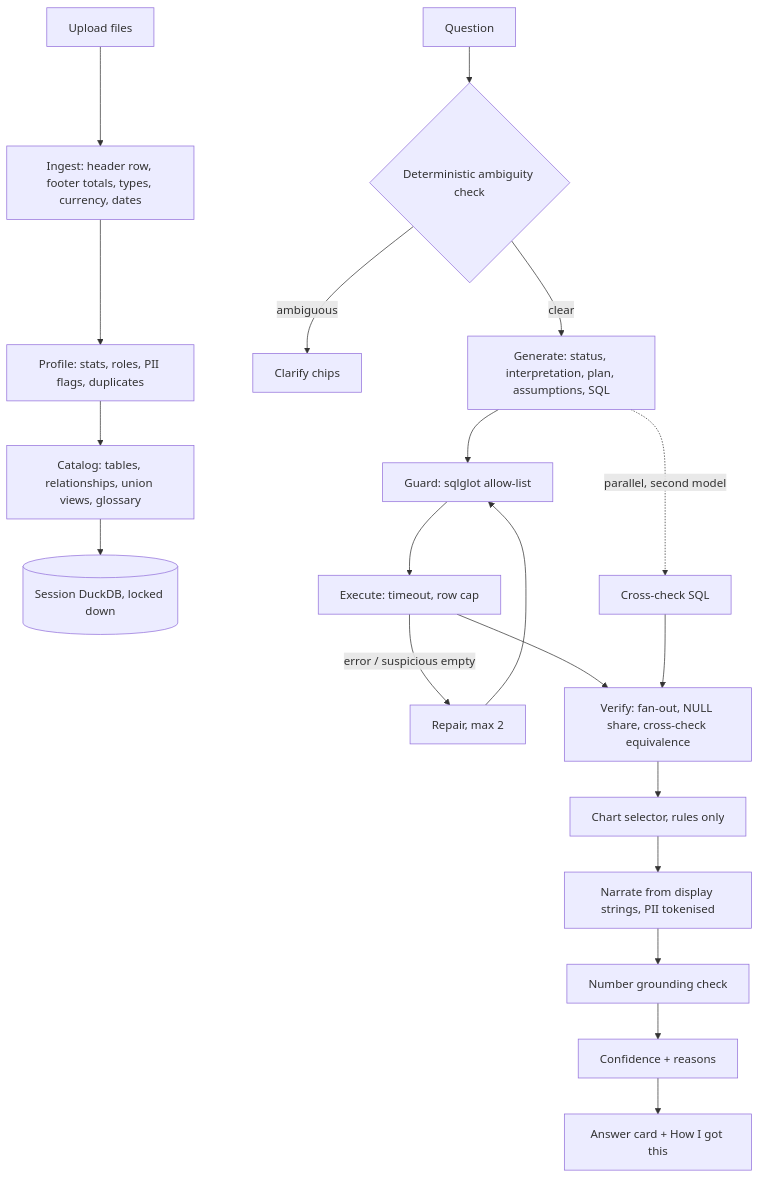
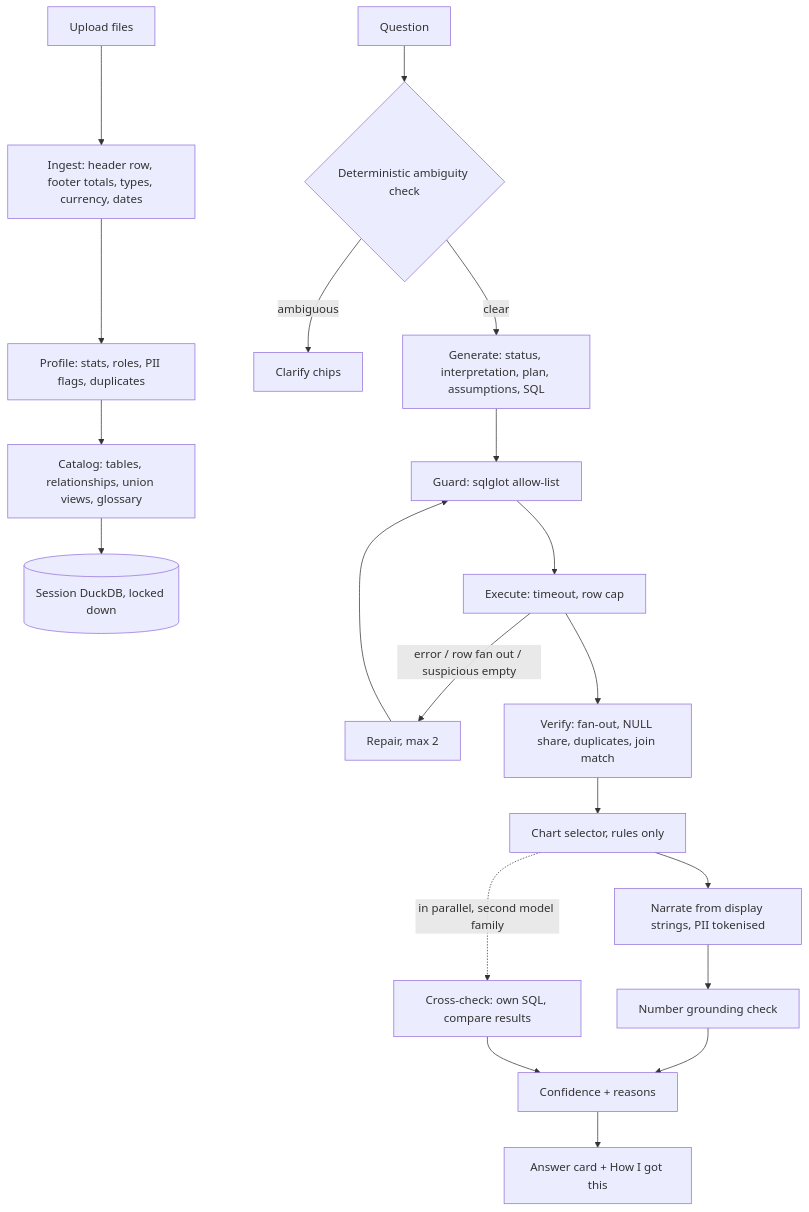
The diagram in README.md (sahilpatel495/darwin-ai), drawn with Mermaid before and after one commit. The commit also changed other lines of this file and 46 other files, not shown here.

````diff
--- a/README.md
+++ b/README.md
@@ -41,20 +20,21 @@
 ```mermaid
 flowchart TD
   U[Upload files] --> I[Ingest: header row, footer totals, types, currency, dates]
   I --> P[Profile: stats, roles, PII flags, duplicates]
   P --> C[Catalog: tables, relationships, union views, glossary]
   C --> DB[(Session DuckDB, locked down)]
   Q[Question] --> A{Deterministic ambiguity check}
   A -- ambiguous --> CL[Clarify chips]
   A -- clear --> G[Generate: status, interpretation, plan, assumptions, SQL]
-  G -. parallel, second model .-> X[Cross-check SQL]
   G --> GU[Guard: sqlglot allow-list]
   GU --> E[Execute: timeout, row cap]
-  E -- error / suspicious empty --> R[Repair, max 2] --> GU
-  E --> V[Verify: fan-out, NULL share, cross-check equivalence]
-  X --> V
+  E -- error / row fan out / suspicious empty --> R[Repair, max 2] --> GU
+  E --> V[Verify: fan-out, NULL share, duplicates, join match]
   V --> CH[Chart selector, rules only]
   CH --> N[Narrate from display strings, PII tokenised]
-  N --> GR[Number grounding check] --> CF[Confidence + reasons]
+  CH -. in parallel, second model family .-> X[Cross-check: own SQL, compare results]
+  N --> GR[Number grounding check]
+  GR --> CF[Confidence + reasons]
+  X --> CF
   CF --> O[Answer card + How I got this]
 ```
````
